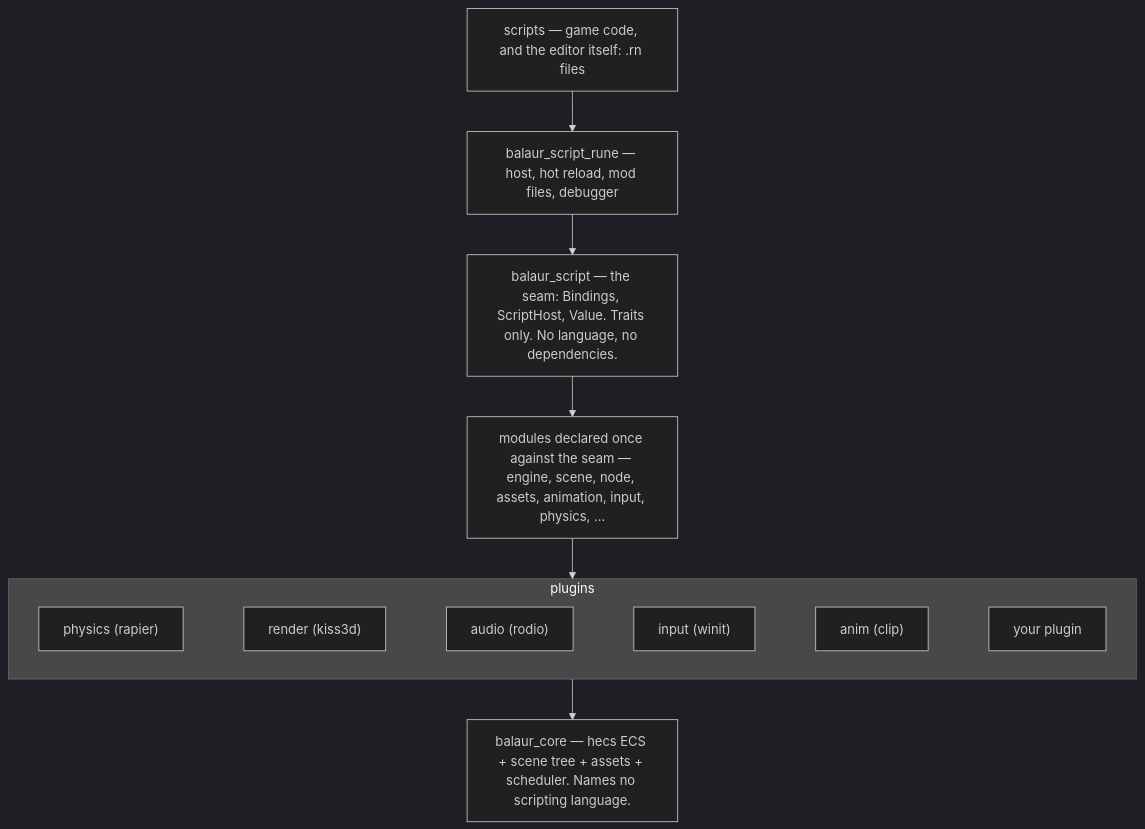
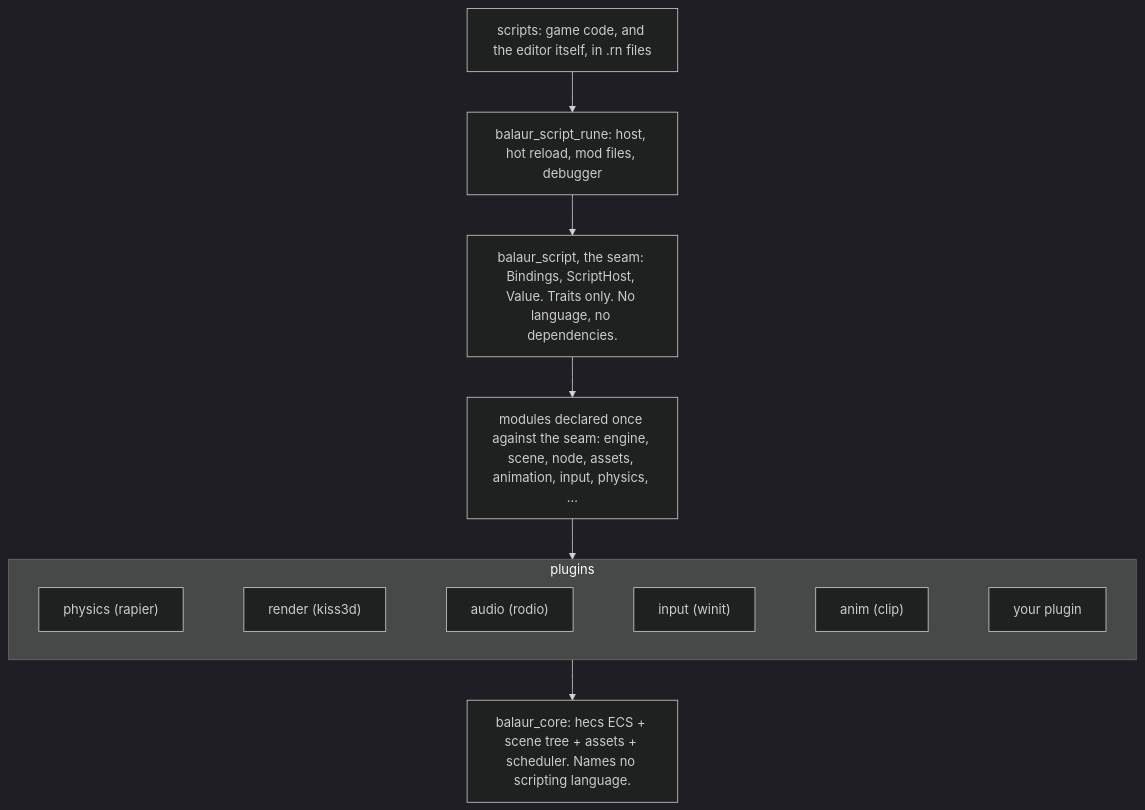
The diagram in docs/architecture.mdx (balaurengine/balaur-website), drawn with Mermaid (dark theme) before and after one commit. The commit also changed other lines of this file and 66 other files, not shown here.

````diff
--- a/docs/architecture.mdx
+++ b/docs/architecture.mdx
@@ -17,13 +17,13 @@
 ```mermaid
 flowchart TB
-  S["scripts — game code, and the editor itself: .rn files"]
-  R["balaur_script_rune — host, hot reload, mod files, debugger"]
-  M["balaur_script — the seam: Bindings, ScriptHost, Value. Traits only. No language, no dependencies."]
-  D["modules declared once against the seam — engine, scene, node, assets, animation, input, physics, …"]
+  S["scripts: game code, and the editor itself, in .rn files"]
+  R["balaur_script_rune: host, hot reload, mod files, debugger"]
+  M["balaur_script, the seam: Bindings, ScriptHost, Value. Traits only. No language, no dependencies."]
+  D["modules declared once against the seam: engine, scene, node, assets, animation, input, physics, …"]
   subgraph P["plugins"]
     direction LR
     P1["physics (rapier)"] ~~~ P2["render (kiss3d)"] ~~~ P3["audio (rodio)"] ~~~ P4["input (winit)"] ~~~ P5["anim (clip)"] ~~~ P6["your plugin"]
   end
-  C["balaur_core — hecs ECS + scene tree + assets + scheduler. Names no scripting language."]
+  C["balaur_core: hecs ECS + scene tree + assets + scheduler. Names no scripting language."]
   S --> R --> M --> D --> P --> C
 ```
````
